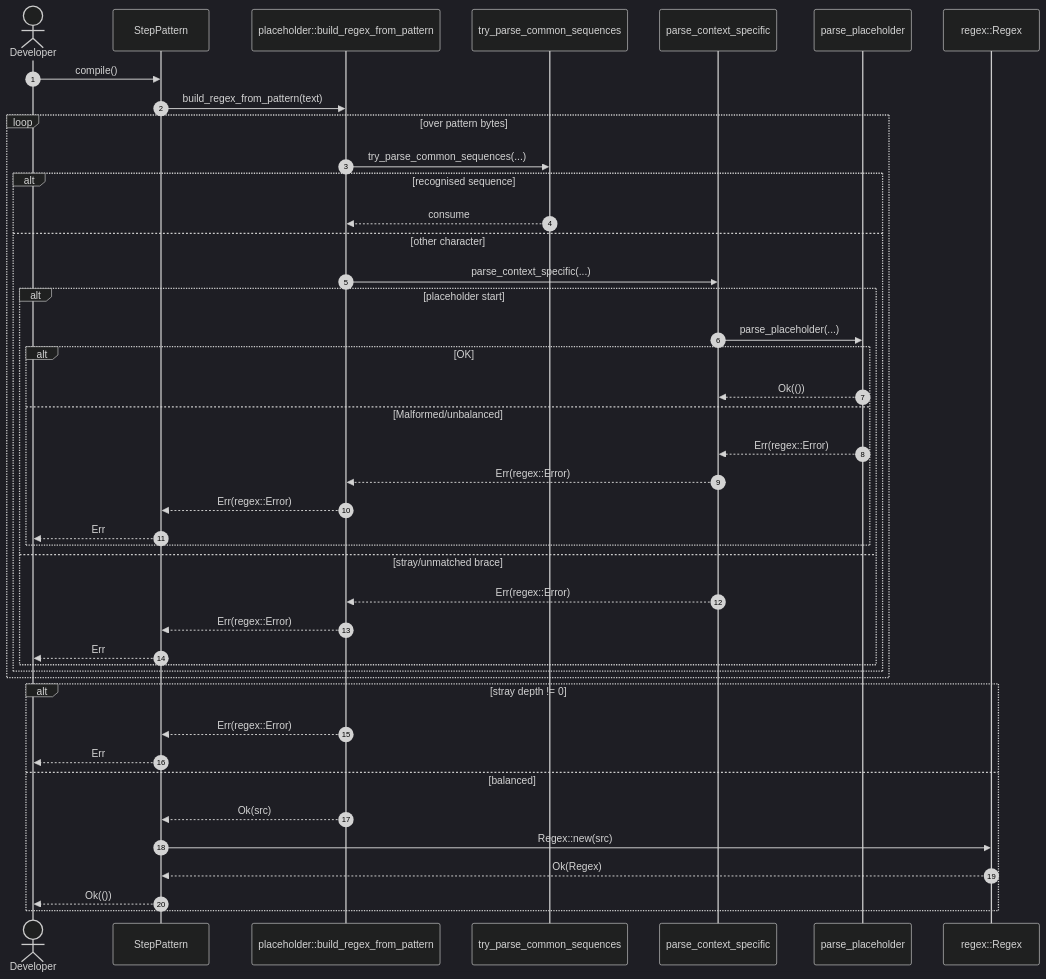
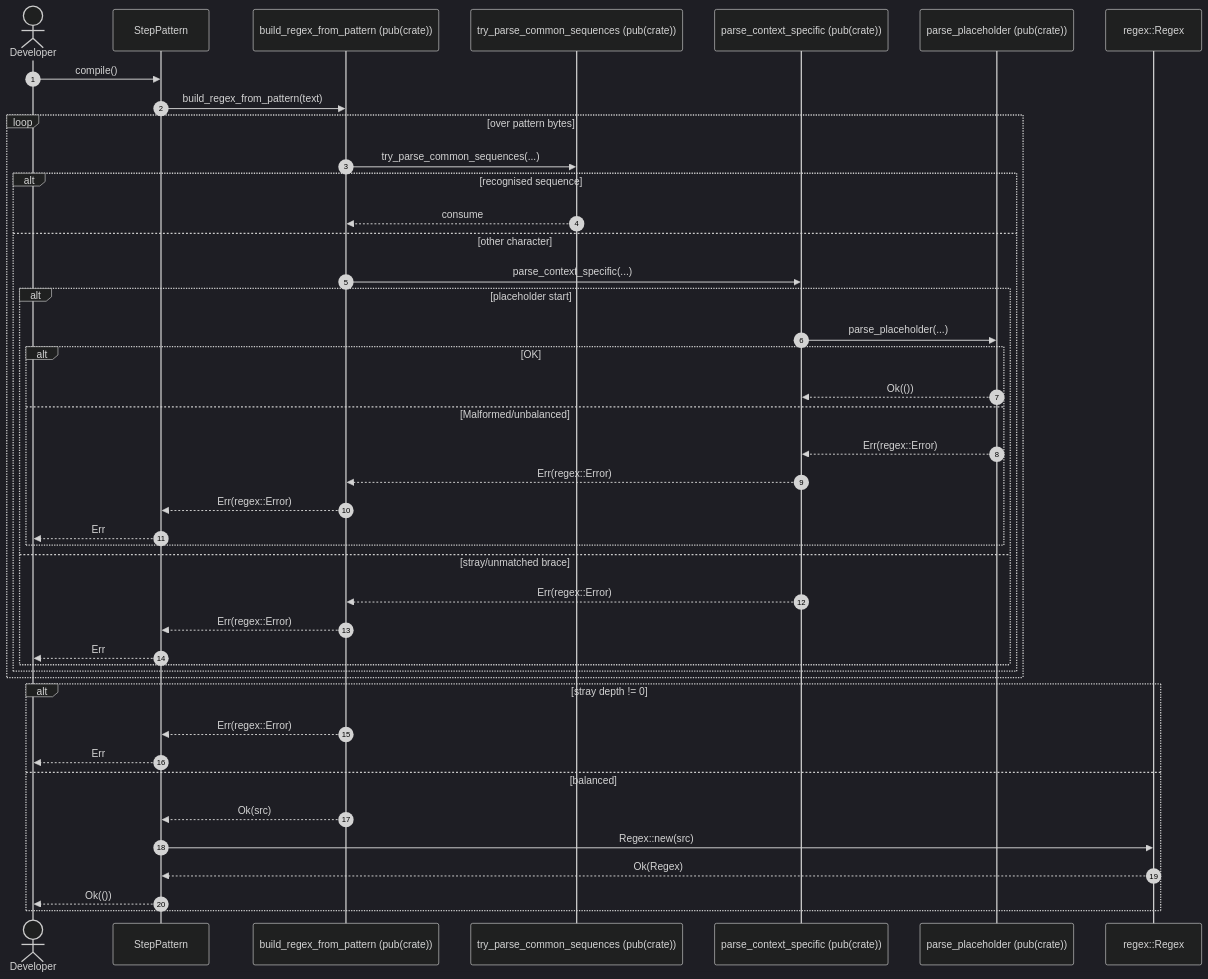
One commit to leynos/rstest-bdd changed the first of 7 diagrams in docs/rstest-bdd-design.md. Above: the diagram before and after it, drawn with Mermaid (dark theme). The commit also changed other lines of this file, not shown here.

Commit message:
Clarify step pattern scanning internals

````diff
--- a/docs/rstest-bdd-design.md
+++ b/docs/rstest-bdd-design.md
@@ -477,46 +482,46 @@
 ```mermaid
 sequenceDiagram
   autonumber
   actor Dev as Developer
   participant SP as StepPattern
-  participant RB as placeholder::build_regex_from_pattern
-  participant TC as try_parse_common_sequences
-  participant PC as parse_context_specific
-  participant PP as parse_placeholder
+  participant RB as build_regex_from_pattern (pub(crate))
+  participant TC as try_parse_common_sequences (pub(crate))
+  participant PC as parse_context_specific (pub(crate))
+  participant PP as parse_placeholder (pub(crate))
   participant RX as regex::Regex
 
   Dev->>SP: compile()
   SP->>RB: build_regex_from_pattern(text)
   loop over pattern bytes
     RB->>TC: try_parse_common_sequences(...)
     alt recognised sequence
       TC-->>RB: consume
     else other character
       RB->>PC: parse_context_specific(...)
       alt placeholder start
         PC->>PP: parse_placeholder(...)
         alt OK
           PP-->>PC: Ok(())
         else Malformed/unbalanced
           PP-->>PC: Err(regex::Error)
           PC-->>RB: Err(regex::Error)
           RB-->>SP: Err(regex::Error)
           SP-->>Dev: Err
         end
       else stray/unmatched brace
         PC-->>RB: Err(regex::Error)
         RB-->>SP: Err(regex::Error)
         SP-->>Dev: Err
       end
     end
   end
   alt stray depth != 0
     RB-->>SP: Err(regex::Error)
     SP-->>Dev: Err
   else balanced
     RB-->>SP: Ok(src)
     SP->>RX: Regex::new(src)
     RX-->>SP: Ok(Regex)
     SP-->>Dev: Ok(())
   end
 ```
````
